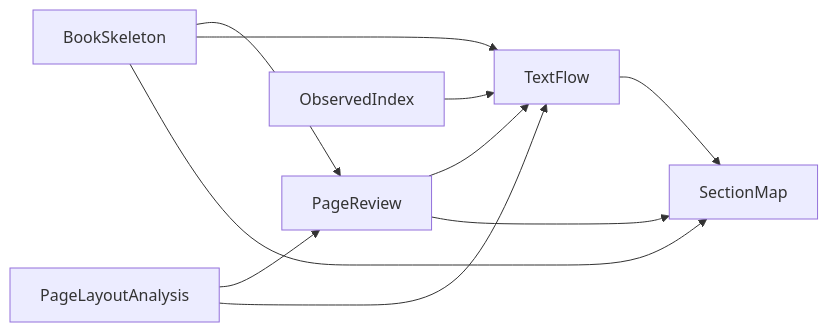
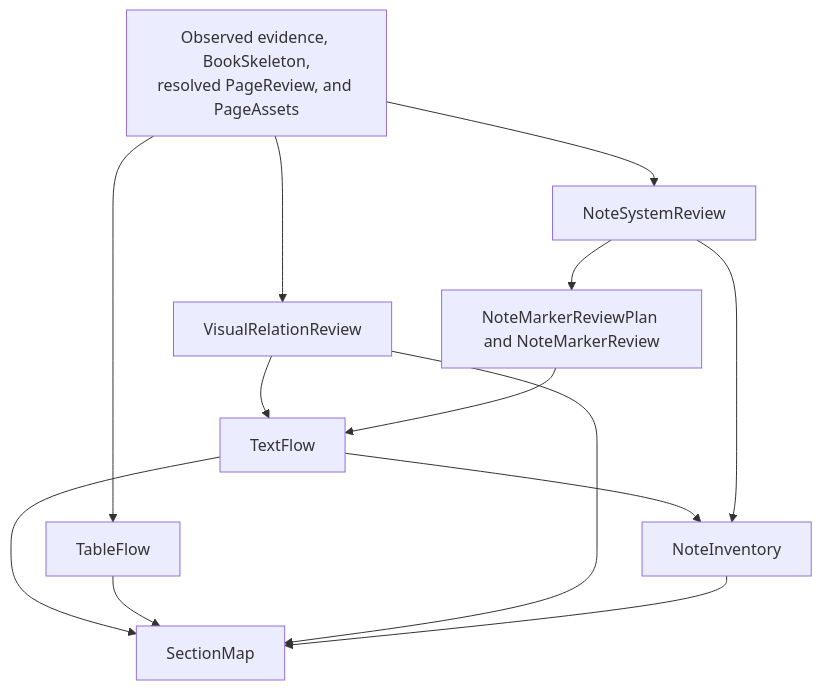
One commit to jenslewie/inkline changed the second of 3 diagrams in docs/architecture.md. Above: the diagram before and after it, drawn with Mermaid. The commit also changed other lines of this file and 7 other files, not shown here.

Commit message:
docs: replan pre-section artifact flow

````diff
--- a/docs/architecture.md
+++ b/docs/architecture.md
@@ -46,14 +52,21 @@
 ```mermaid
-flowchart LR
-    skeleton["BookSkeleton"] --> review["PageReview"]
-    layout["PageLayoutAnalysis"] --> review
+flowchart TD
+    base["Observed evidence, BookSkeleton,<br/>resolved PageReview, and PageAssets"]
+    visual["VisualRelationReview"]
+    noteSystems["NoteSystemReview"]
+    noteMarkers["NoteMarkerReviewPlan and NoteMarkerReview"]
+    flow["TextFlow"]
+    tables["TableFlow"]
+    inventory["NoteInventory"]
+    section["SectionMap"]
 
-    index["ObservedIndex"] --> flow["TextFlow"]
-    layout --> flow
-    skeleton --> flow
-    review --> flow
-
-    skeleton --> section["SectionMap"]
-    review --> section
+    base --> visual --> flow
+    base --> noteSystems --> noteMarkers --> flow
+    base --> tables
+    flow --> inventory
+    noteSystems --> inventory
     flow --> section
+    tables --> section
+    visual --> section
+    inventory --> section
 ```
````
